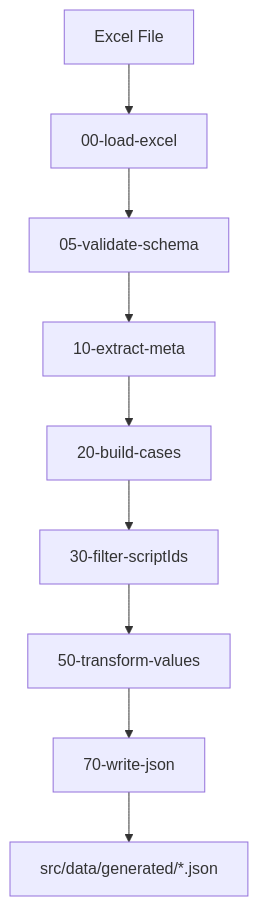
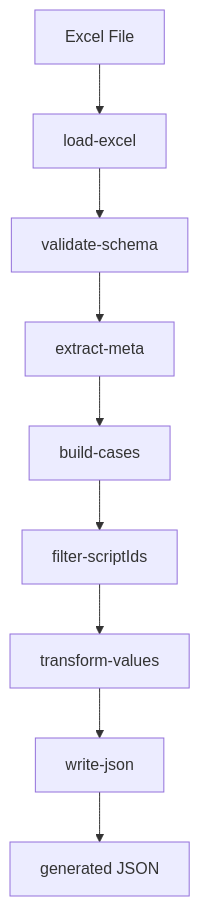
The second of 2 diagrams in src/data/README.md (vijaytomar81/AZOnline), drawn with Mermaid before and after one commit. The commit also changed other lines of this file, not shown here.

````diff
--- a/src/data/README.md
+++ b/src/data/README.md
@@ -94,11 +150,11 @@
-```mermaid
+~~~mermaid
 flowchart TD
-    A[Excel File] --> B[00-load-excel]
-    B --> C[05-validate-schema]
-    C --> D[10-extract-meta]
-    D --> E[20-build-cases]
-    E --> F[30-filter-scriptIds]
-    F --> G[50-transform-values]
-    G --> H[70-write-json]
-    H --> I[src/data/generated/*.json]
-```
+    A[Excel File] --> B[load-excel]
+    B --> C[validate-schema]
+    C --> D[extract-meta]
+    D --> E[build-cases]
+    E --> F[filter-scriptIds]
+    F --> G[transform-values]
+    G --> H[write-json]
+    H --> I[generated JSON]
+~~~
````
